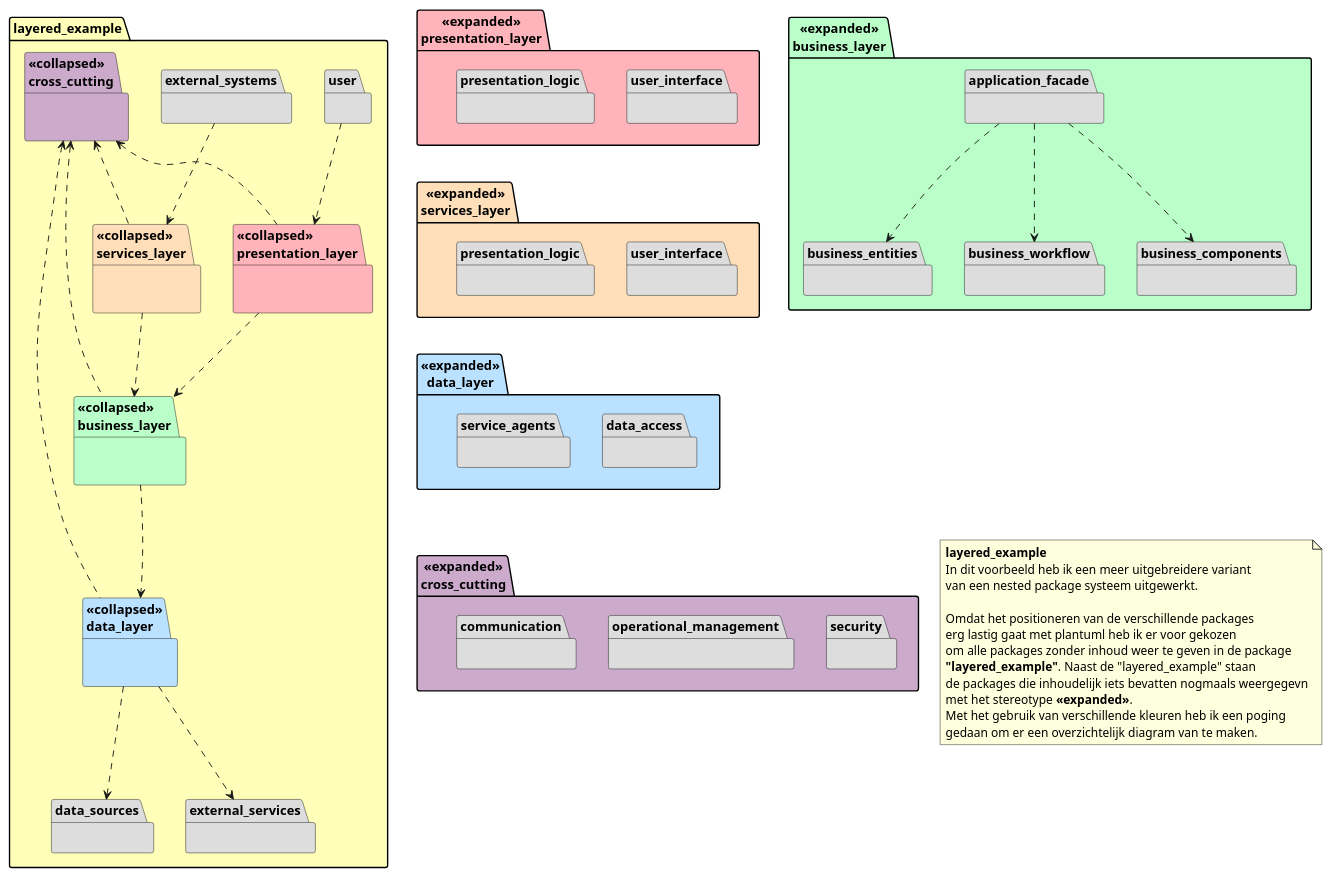
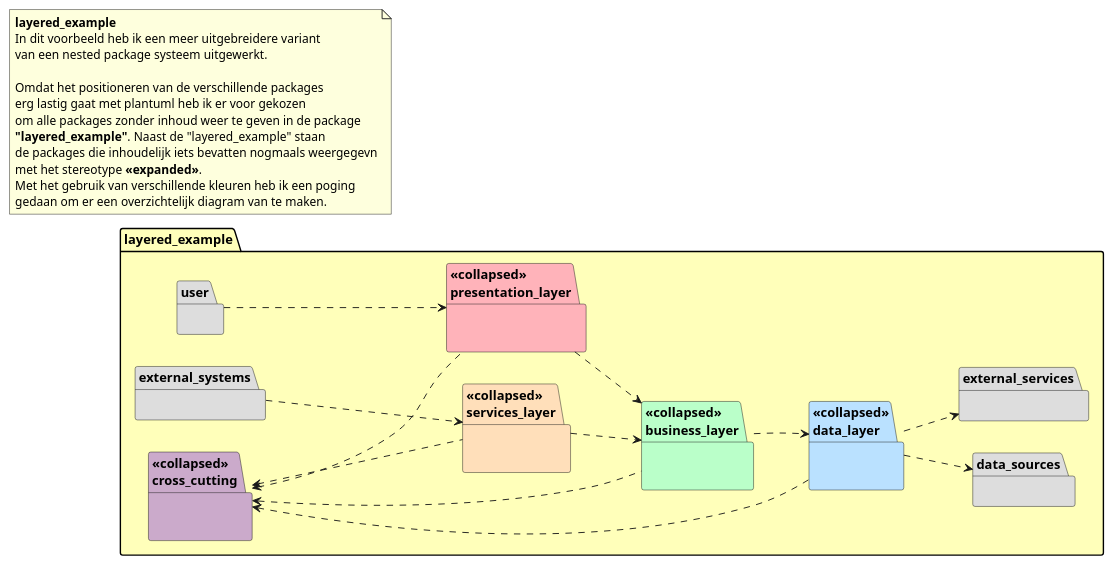
One commit to LukevLuijn/cheat_sheet_osm_mo changed the diagram in plantuml/package/example.puml. Above: the diagram before and after it, drawn with PlantUML. The commit also changed 3 other files, not shown here.

Commit message:
[cheat-sheet] added expample_expansion, edited some package diagram examples.

```diff
--- a/plantuml/package/example.puml
+++ b/plantuml/package/example.puml
@@ -1,91 +1,53 @@
 @startuml
 'https://plantuml.com/class-diagram
+
+left to right direction
+
+note as n1
+    **layered_example**
+    In dit voorbeeld heb ik een meer uitgebreidere variant
+    van een nested package systeem uitgewerkt.
+
+    Omdat het positioneren van de verschillende packages
+    erg lastig gaat met plantuml heb ik er voor gekozen
+    om alle packages zonder inhoud weer te geven in de package
+    **"layered_example"**. Naast de "layered_example" staan
+    de packages die inhoudelijk iets bevatten nogmaals weergegevn
+    met het stereotype **<<expanded>>**.
+    Met het gebruik van verschillende kleuren heb ik een poging
+    gedaan om er een overzichtelijk diagram van te maken.
+end note
 
 package layered_example as pkg0 #FFFFBA{
     package "user" as pkg1 #DDDDDD {}
     package "<<collapsed>>\npresentation_layer" as pkg2 #FFB3BA{}
     package "<<collapsed>>\nservices_layer" as pkg3 #FFDFBA{}
     package "external_systems" as pkg4 #DDDDDD {}
 
     package "<<collapsed>>\nbusiness_layer" as pkg5 #BAFFC9{}
     package "<<collapsed>>\ndata_layer" as pkg6 #BAE1FF{}
     package "<<collapsed>>\ncross_cutting" as pkg7 #CBAACB{}
     package "data_sources" as pkg8 #DDDDDD {}
     package "external_services" as pkg9 #DDDDDD {}
 
     pkg3 .[hidden]left.> pkg2
 
     pkg1 ..> pkg2
     pkg4 ..> pkg3
 
     pkg3 .down.> pkg5
     pkg2 .down.> pkg5
 
     pkg5 -[hidden]down-> pkg6
 
     pkg5 .down.> pkg6
     pkg6 ..> pkg8
     pkg6 ..> pkg9
 
     pkg7 <.. pkg2
     pkg7 <.. pkg3
     pkg7 <.. pkg5
     pkg7 <.. pkg6
 }
 
-package "<<expanded>>\npresentation_layer" as p1 #FFB3BA{
-    package "user_interface" as p1.1 #DDDDDD {}
-    package "presentation_logic" as p1.2 #DDDDDD {}
-}
-
-package "<<expanded>>\nservices_layer" as p2 #FFDFBA {
-    package "user_interface" as p2.1 #DDDDDD {}
-    package "presentation_logic" as p2.2 #DDDDDD {}
-}
-
-package "<<expanded>>\nbusiness_layer" as p3 #BAFFC9 {
-    package "application_facade" as p3.1 #DDDDDD {}
-    package "business_workflow" as p3.2 #DDDDDD {}
-    package "business_components" as p3.3 #DDDDDD {}
-    package "business_entities" as p3.4 #DDDDDD {}
-
-    p3.1 ..> p3.2
-    p3.1 ..> p3.3
-    p3.1 ..> p3.4
-}
-
-package "<<expanded>>\ndata_layer" as p4 #BAE1FF{
-    package "data_access" as p4.1 #DDDDDD {}
-    package "service_agents" as p4.2 #DDDDDD {}
-}
-
-package "<<expanded>>\ncross_cutting" as p5 #CBAACB {
-    package "security" as p5.1 #DDDDDD {}
-    package "operational_management" as p5.2 #DDDDDD {}
-    package "communication" as p5.3 #DDDDDD {}
-}
-
-p1 -[hidden]-> p2
-p2 -[hidden]-> p4
-p4 -[hidden]-> p5
-
-note as n1
-    **layered_example**
-    In dit voorbeeld heb ik een meer uitgebreidere variant
-    van een nested package systeem uitgewerkt.
-
-    Omdat het positioneren van de verschillende packages
-    erg lastig gaat met plantuml heb ik er voor gekozen
-    om alle packages zonder inhoud weer te geven in de package
-    **"layered_example"**. Naast de "layered_example" staan
-    de packages die inhoudelijk iets bevatten nogmaals weergegevn
-    met het stereotype **<<expanded>>**.
-    Met het gebruik van verschillende kleuren heb ik een poging
-    gedaan om er een overzichtelijk diagram van te maken.
-end note
-
-n1 -[hidden]left-> p5
-
-
-
 @enduml
```
